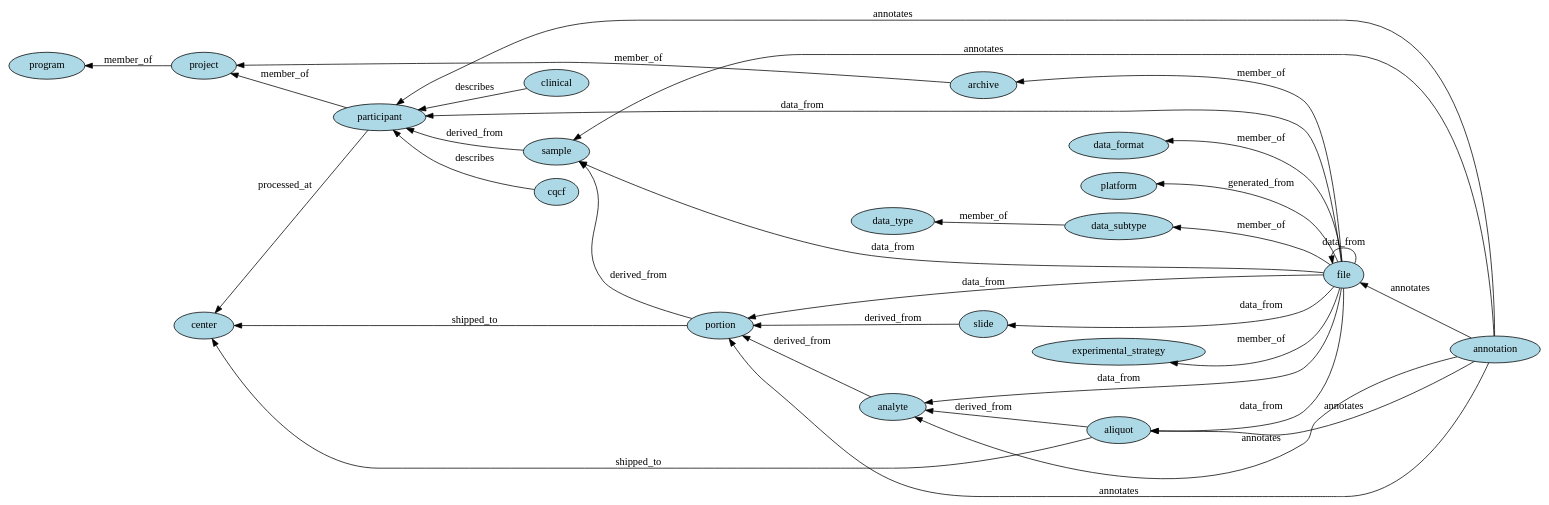
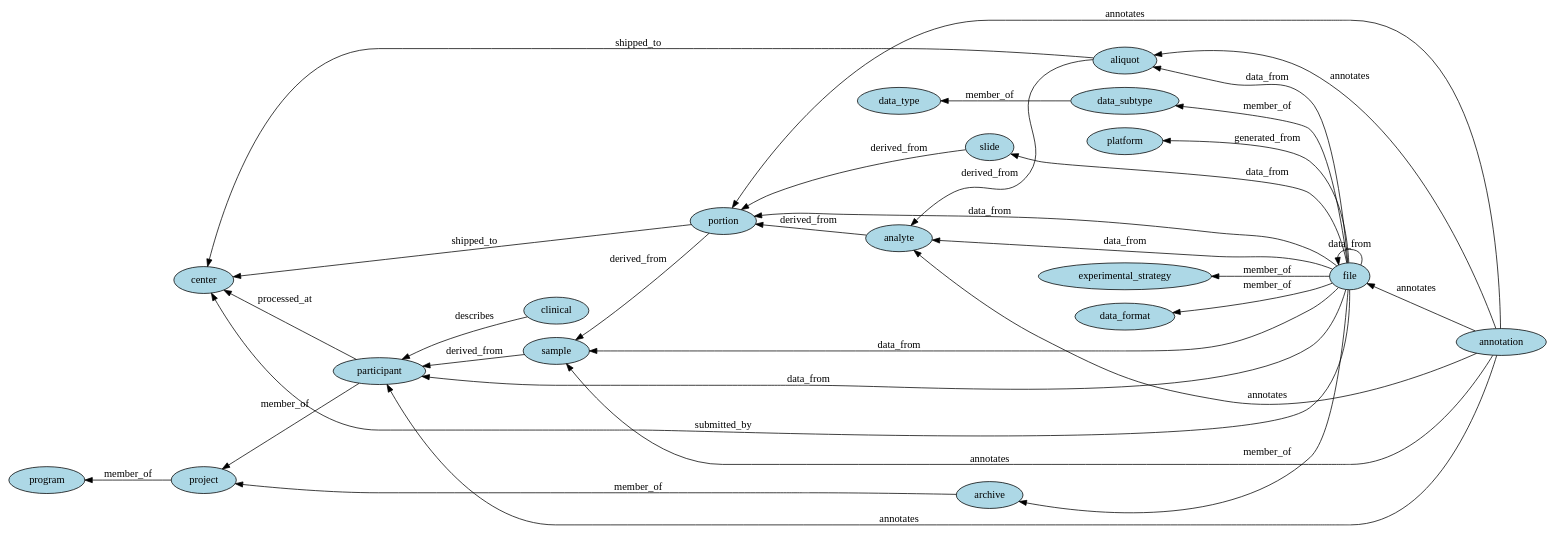
One commit to NCI-GDC/gdcdatamodel changed the diagram in avro/viz/gdc_data_model.gv. Above: the diagram before and after it, drawn with Graphviz. The commit also changed 8 other files, not shown here.

First line of the commit message:
Graph Structural Changes:

```diff
--- a/avro/viz/gdc_data_model.gv
+++ b/avro/viz/gdc_data_model.gv
@@ -1,56 +1,55 @@
 // High level graph representation of GDC data model
 digraph {
 	graph [rankdir=RL]
 	node [fillcolor=lightblue style=filled]
 		aliquot [label=aliquot]
 		analyte [label=analyte]
 		portion [label=portion]
 		sample [label=sample]
-		cqcf [label=cqcf]
 		participant [label=participant]
 		project [label=project]
 		program [label=program]
 		center [label=center]
 		platform [label=platform]
 		data_type [label=data_type]
 		data_subtype [label=data_subtype]
 		experimental_strategy [label=experimental_strategy]
 		data_format [label=data_format]
 		file [label=file]
 		archive [label=archive]
 		annotation [label=annotation]
 		clinical [label=clinical]
 		slide [label=slide]
 			aliquot -> analyte [label=derived_from]
 			analyte -> portion [label=derived_from]
 			portion -> sample [label=derived_from]
 			sample -> participant [label=derived_from]
 			slide -> portion [label=derived_from]
 			participant -> project [label=member_of]
 			project -> program [label=member_of]
 			archive -> project [label=member_of]
 			file -> archive [label=member_of]
 			file -> experimental_strategy [label=member_of]
 			file -> data_subtype [label=member_of]
 			file -> data_format [label=member_of]
 			data_subtype -> data_type [label=member_of]
 			participant -> center [label=processed_at]
 			file -> platform [label=generated_from]
 			file -> aliquot [label=data_from]
 			file -> analyte [label=data_from]
 			file -> portion [label=data_from]
 			file -> sample [label=data_from]
 			file -> participant [label=data_from]
 			file -> slide [label=data_from]
 			file -> file [label=data_from]
 			clinical -> participant [label=describes]
-			cqcf -> participant [label=describes]
 			annotation -> participant [label=annotates]
 			annotation -> sample [label=annotates]
 			annotation -> portion [label=annotates]
 			annotation -> analyte [label=annotates]
 			annotation -> aliquot [label=annotates]
 			annotation -> file [label=annotates]
 			aliquot -> center [label=shipped_to]
 			portion -> center [label=shipped_to]
+			file -> center [label=submitted_by]
 }
```
